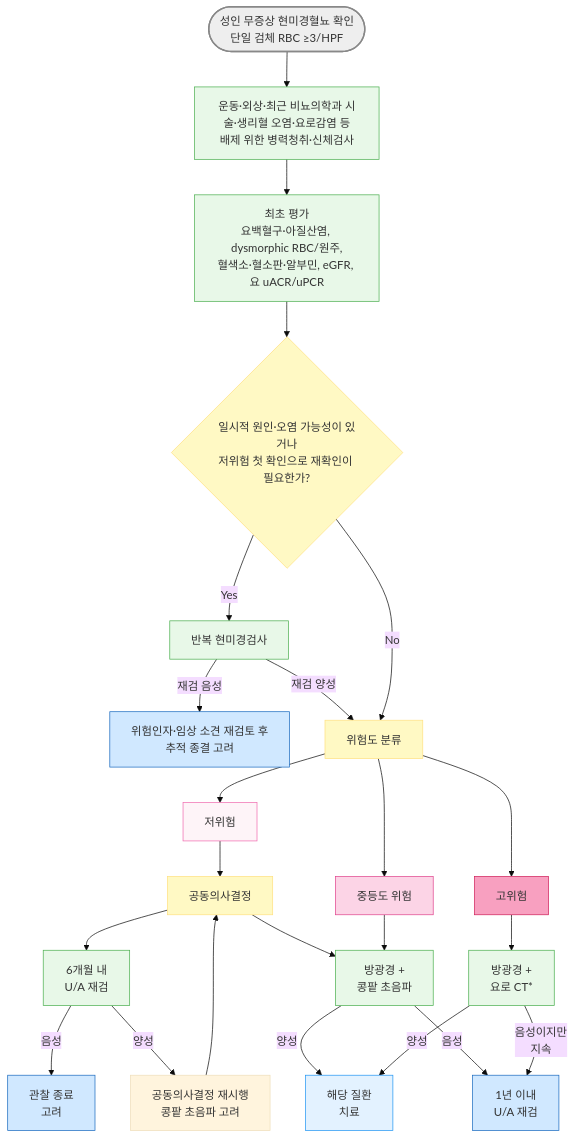
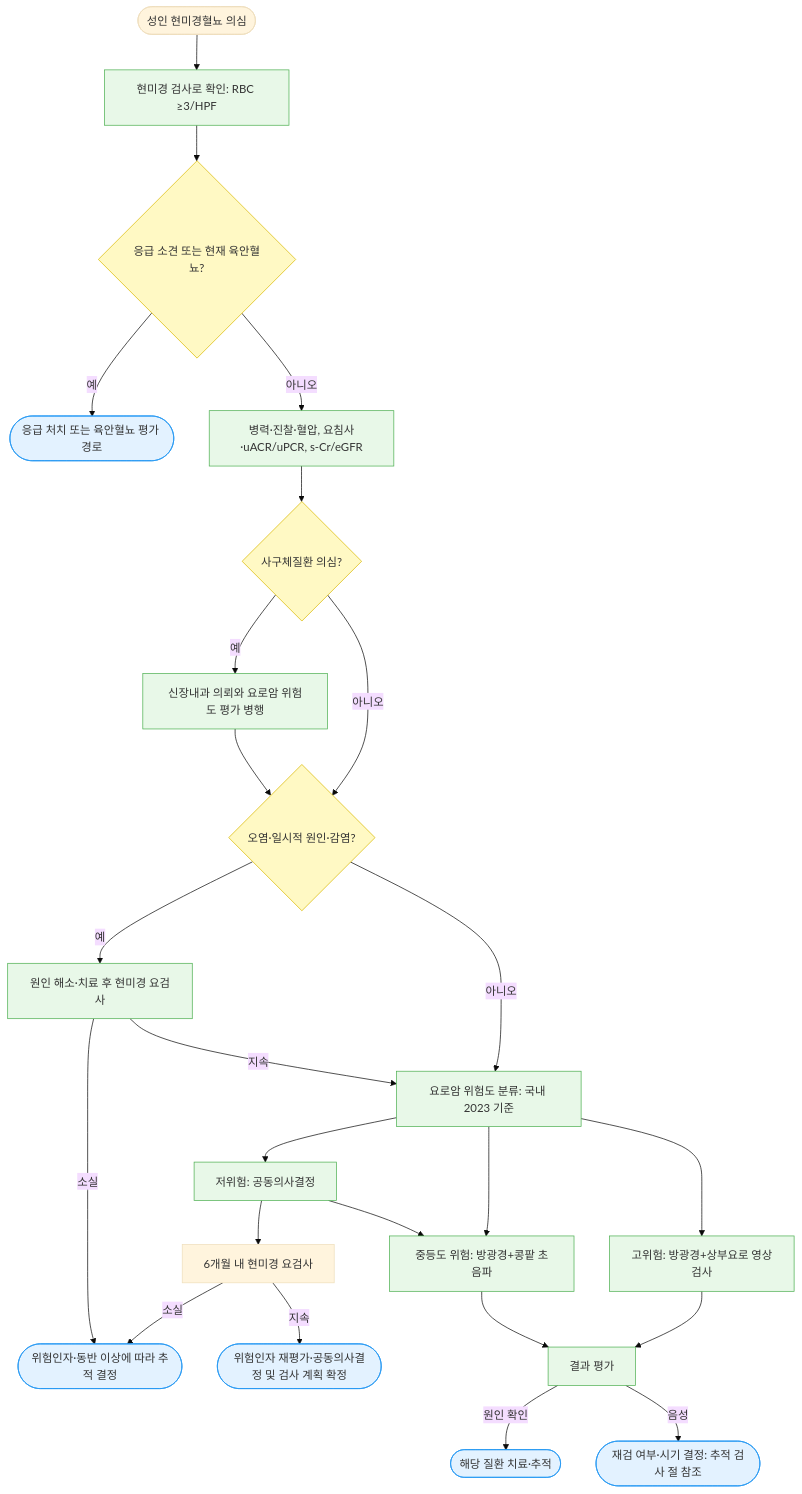
Before and after one commit to familyoh77/familyoh77: the diagram in 227_/110_-hematuria.md, drawn with Mermaid (base theme). The commit also changed other lines of this file and 2 other files, not shown here.

````diff
--- a/227_/110_-hematuria.md
+++ b/227_/110_-hematuria.md
@@ -155,40 +177,32 @@
 ```mermaid
-graph TD
-    A([성인 무증상 현미경혈뇨 확인<br>단일 검체 RBC ≥3/HPF]) --> B[운동·외상·최근 비뇨의학과 시술·생리혈 오염·요로감염 등<br>배제 위한 병력청취·신체검사]
-    B --> D0[최초 평가<br>요백혈구·아질산염, dysmorphic RBC/원주,<br>혈색소·혈소판·알부민, eGFR, 요 uACR/uPCR]
-    D0 --> C{일시적 원인·오염 가능성이 있거나<br>저위험 첫 확인으로 재확인이 필요한가?}
-    C -->|Yes| C2[반복 현미경검사]
-    C2 -->|재검 음성| C1[위험인자·임상 소견 재검토 후<br>추적 종결 고려]
-    C2 -->|재검 양성| D[위험도 분류]
-    C -->|No| D
-    D --> E[저위험]
-    D --> F[중등도 위험]
-    D --> G[고위험]
-
-    E --> E1[공동의사결정]
-    E1 --> E2[6개월 내 <br>U/A 재검]
-    E1 --> CYS[방광경 + <br>콩팥 초음파]
-    E2 -->|음성| E4[관찰 종료 <br>고려]
-    E2 -->|양성| E3[공동의사결정 재시행<br>콩팥 초음파 고려]
-    E3 --> E1
-    F --> CYS
-    CYS -->|양성| H1[해당 질환 <br>치료]
-    CYS -->|음성| F2[1년 이내 <br>U/A 재검]
-
-    G --> G1[방광경 + <br>요로 CT*]
-    G1 -->|양성| H1
-    G1 -->|음성이지만 <br>지속| F2
-
-style A fill:#eeeeee,stroke:#888888,stroke-width:2px
-classDef lightGreen fill:#e8f8e8,stroke:#4caf50
-class B,D0,C2,E2,E4,CYS,G1 lightGreen
-classDef blue fill:#d0e8ff,stroke:#1a6abf
-class C1,E4,F2 blue
-classDef sky fill:#e3f2ff,stroke:#2196f3
-class H1 sky
-classDef yellow fill:#fff9c4,stroke:#ffe082
-class C,E1,D yellow
-style E fill:#fef4f8,stroke:#f06baf
-style F fill:#fcd4e6,stroke:#e0448e
-style G fill:#f8a0c0,stroke:#d01f5a
+flowchart TD
+    A(["성인 현미경혈뇨 의심"]) --> B["현미경 검사로 확인: RBC ≥3/HPF"]
+    B --> C{"응급 소견 또는 현재 육안혈뇨?"}
+    C -->|예| X(["응급 처치 또는 육안혈뇨 평가 경로"])
+    C -->|아니오| D["병력·진찰·혈압, 요침사·uACR/uPCR, s-Cr/eGFR"]
+    D --> R{"사구체질환 의심?"}
+    R -->|예| N["신장내과 의뢰와 요로암 위험도 평가 병행"]
+    R -->|아니오| T{"오염·일시적 원인·감염?"}
+    N --> T
+    T -->|예| U["원인 해소·치료 후 현미경 요검사"]
+    U -->|소실| Z(["위험인자·동반 이상에 따라 추적 결정"])
+    U -->|지속| V["요로암 위험도 분류: 국내 2023 기준"]
+    T -->|아니오| V
+    V --> L["저위험: 공동의사결정"]
+    V --> M["중등도 위험: 방광경+콩팥 초음파"]
+    V --> H["고위험: 방광경+상부요로 영상검사"]
+    L --> L1["6개월 내 현미경 요검사"]
+    L --> M
+    L1 -->|소실| Z
+    L1 -->|지속| P(["위험인자 재평가·공동의사결정 및 검사 계획 확정"])
+    M --> F["결과 평가"]
+    H --> F
+    F -->|원인 확인| W(["해당 질환 치료·추적"])
+    F -->|음성| Q(["재검 여부·시기 결정: 추적 검사 절 참조"])
+    classDef assess fill:#e8f8e8,stroke:#4caf50
+    classDef decision fill:#fff9c4,stroke:#d9b800
+    classDef endNode fill:#e3f2ff,stroke:#2196f3
+    class B,D,N,U,V,L,M,H,F assess
+    class C,R,T decision
+    class X,Z,P,W,Q endNode
 ```
````
